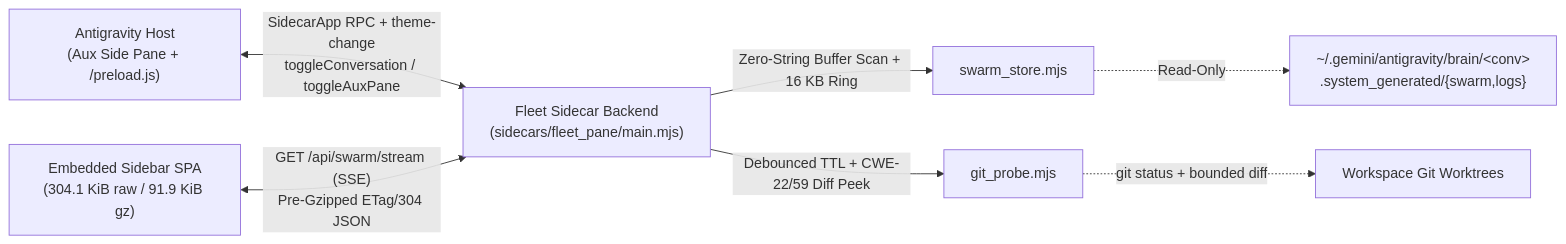
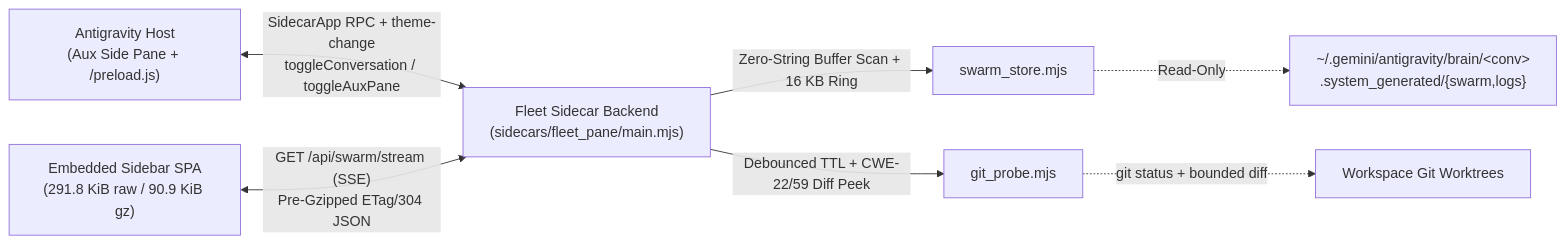
One commit to cayleb-james2008/dsh-fleet changed the diagram in README.md. Above: the diagram before and after it, drawn with Mermaid. The commit also changed other lines of this file and 37 other files, not shown here.

````diff
--- a/README.md
+++ b/README.md
@@ -81,9 +82,9 @@
 ```mermaid
 flowchart LR
     Host["Antigravity Host<br/>(Aux Side Pane + /preload.js)"] <-->|"SidecarApp RPC + theme-change<br/>toggleConversation / toggleAuxPane"| Backend["Fleet Sidecar Backend<br/>(sidecars/fleet_pane/main.mjs)"]
-    UI["Embedded Sidebar SPA<br/>(304.1 KiB raw / 91.9 KiB gz)"] <-->|"GET /api/swarm/stream (SSE)<br/>Pre-Gzipped ETag/304 JSON"| Backend
+    UI["Embedded Sidebar SPA<br/>(291.8 KiB raw / 90.9 KiB gz)"] <-->|"GET /api/swarm/stream (SSE)<br/>Pre-Gzipped ETag/304 JSON"| Backend
     Backend -->|"Zero-String Buffer Scan + 16 KB Ring"| Store["swarm_store.mjs"]
     Backend -->|"Debounced TTL + CWE-22/59 Diff Peek"| Git["git_probe.mjs"]
     Store -.->|"Read-Only"| Brain["~/.gemini/antigravity/brain/&lt;conv&gt;<br/>.system_generated/{swarm,logs}"]
     Git -.->|"git status + bounded diff"| WT["Workspace Git Worktrees"]
 ```
````
